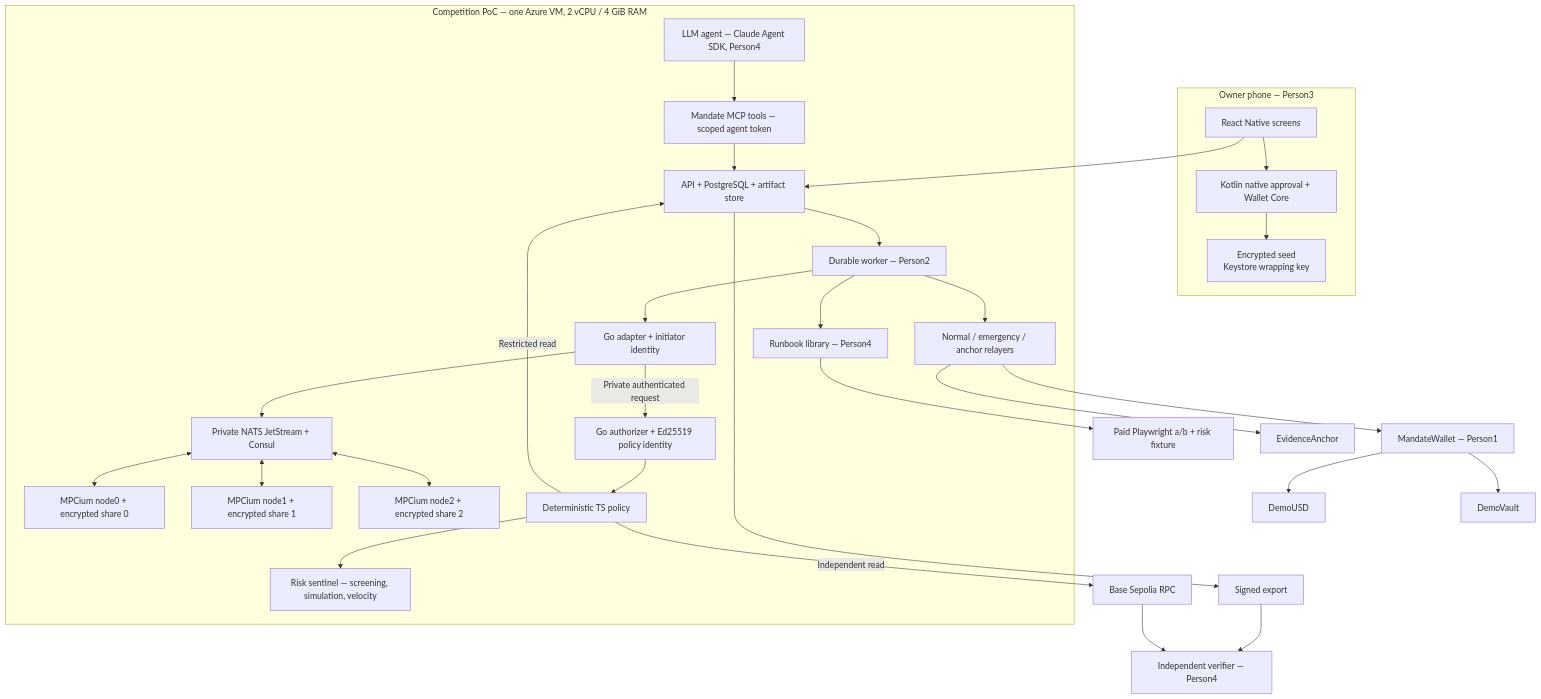
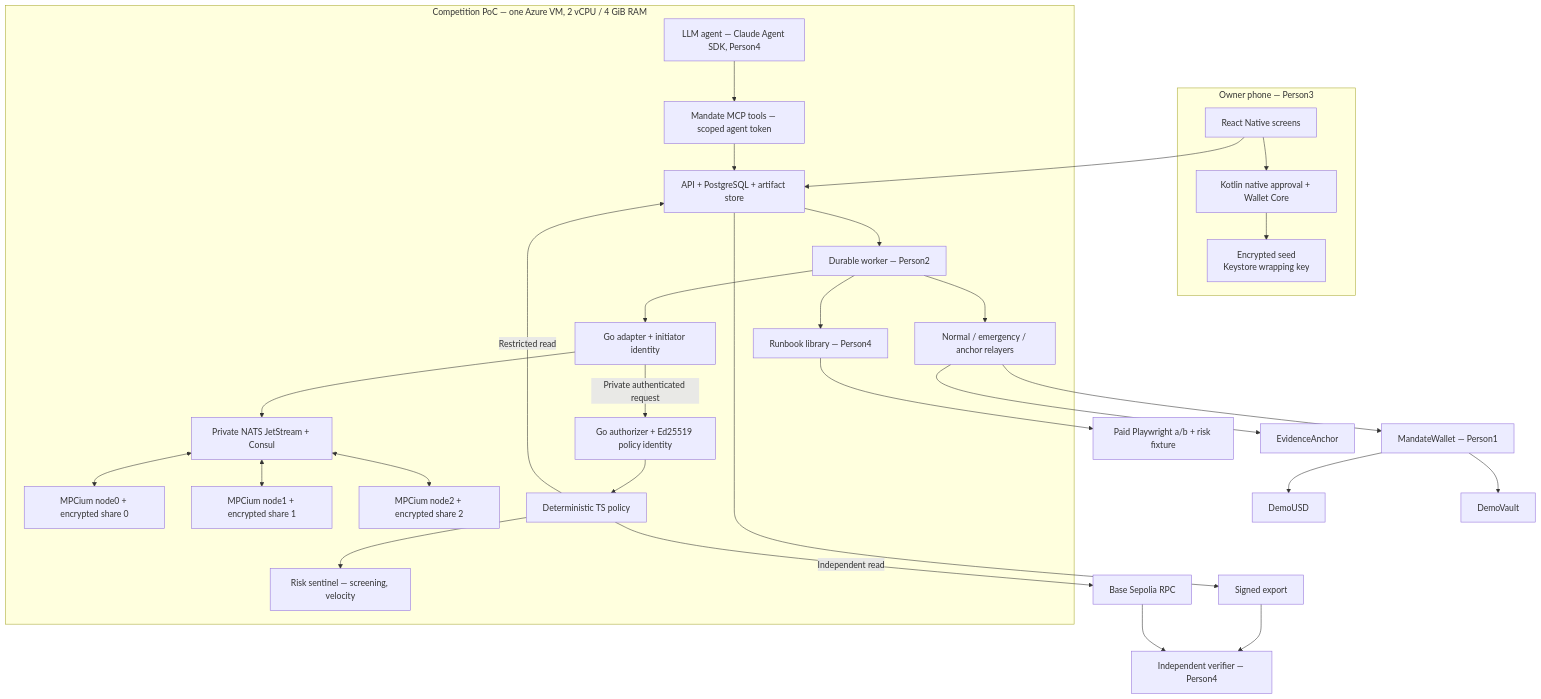
Before and after one commit to Safius-Sifat/Fintechathon: the first of 4 diagrams in architecture.md, drawn with Mermaid. The commit also changed other lines of this file and 10 other files, not shown here.

````diff
--- a/architecture.md
+++ b/architecture.md
@@ -21,47 +21,47 @@
 ```mermaid
 flowchart TD
  subgraph Device[Owner phone — Person3]
   RN[React Native screens] --> Native[Kotlin native approval + Wallet Core]
   Native --> Seed[Encrypted seed\nKeystore wrapping key]
  end
  subgraph A[Competition PoC — one Azure VM, 2 vCPU / 4 GiB RAM]
   API[API + PostgreSQL + artifact store]
   Worker[Durable worker — Person2]
   Driver[Runbook library — Person4]
   AgentRT[LLM agent — Claude Agent SDK, Person4]
   MCP[Mandate MCP tools — scoped agent token]
-  Sentinel[Risk sentinel — screening, simulation, velocity]
+  Sentinel[Risk sentinel — screening, velocity]
   Adapter[Go adapter + initiator identity]
   N0[MPCium node0 + encrypted share 0]
   N1[MPCium node1 + encrypted share 1]
   N2[MPCium node2 + encrypted share 2]
   P[Deterministic TS policy]
   Auth[Go authorizer + Ed25519 policy identity]
   Auth --> P
   Bus[Private NATS JetStream + Consul]
   Relayer[Normal / emergency / anchor relayers]
   API --> Worker
   AgentRT --> MCP
   MCP --> API
   Worker --> Driver
   P --> Sentinel
   Worker --> Adapter
   Adapter --> Bus
   Bus <--> N0
   Bus <--> N1
   Bus <--> N2
   Worker --> Relayer
  end
  RN --> API
  Adapter -->|Private authenticated request| Auth
   P -->|Independent read| RPC[Base Sepolia RPC]
  P -->|Restricted read| API
  Driver --> Services[Paid Playwright a/b + risk fixture]
  Relayer --> Wallet[MandateWallet — Person1]
  Wallet --> Token[DemoUSD]
  Wallet --> Vault[DemoVault]
  Relayer --> Anchor[EvidenceAnchor]
  API --> Export[Signed export]
  Export --> Verifier[Independent verifier — Person4]
  RPC --> Verifier
 ```
````
